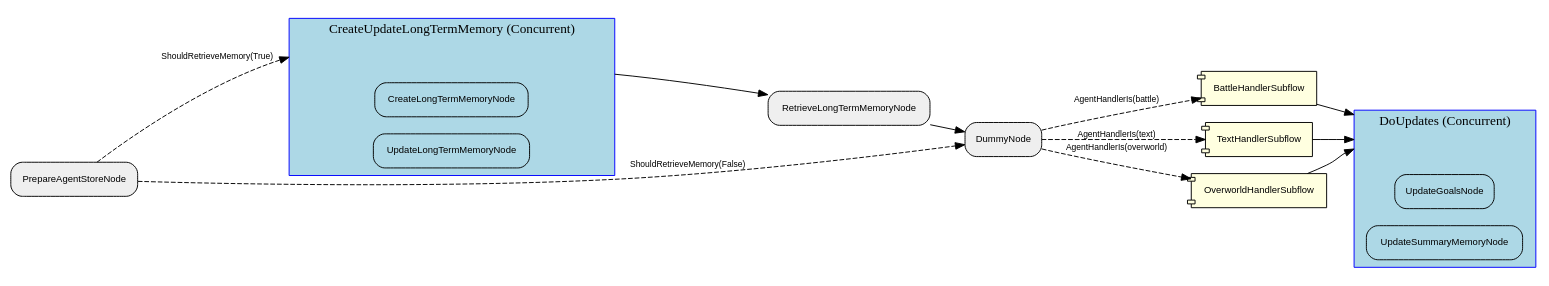
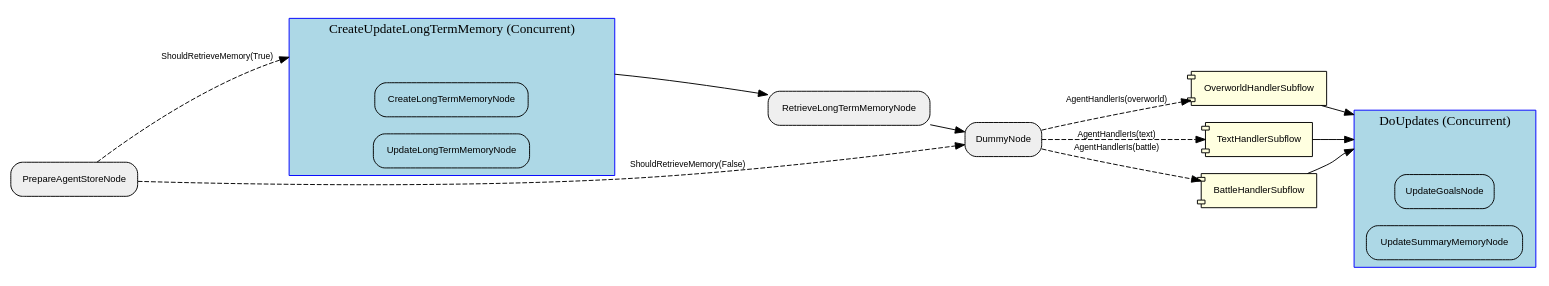
Before and after one commit to clambro/ai-plays-pokemon: the diagram in visualization/agent_graph/Graph.dot, drawn with Graphviz. The commit also changed 47 other files, not shown here.

```diff
--- a/visualization/agent_graph/Graph.dot
+++ b/visualization/agent_graph/Graph.dot
@@ -1,44 +1,44 @@
 digraph "G" {
   rankdir=LR;
   compound=true;
   node [shape=box, style="rounded,filled", fillcolor="#EFEFEF", fontname="Helvetica", fontsize=10];
   edge [fontname="Helvetica", fontsize=9];
-  subgraph "cluster_1XstHVdUO9Z0VeEolFwc2" {
+  subgraph "cluster_JGq9sCPgxi1tHCfcz06JY" {
     label="DoUpdates (Concurrent)";
     style="filled"; fillcolor="lightblue"; color="blue";
     node [fillcolor="lightblue", style="filled,rounded"];
-    "1XstHVdUO9Z0VeEolFwc2__entry" [label="", shape=point, width=0.01, style=invis];
-    "1XstHVdUO9Z0VeEolFwc2__exit"  [label="", shape=point, width=0.01, style=invis];
-    X06oYKx1sQJd1b00PXtzh [label="UpdateGoalsNode"];
-    ekrx8zmjMhGfEJwLFrxTa [label="UpdateSummaryMemoryNode"];
+    "JGq9sCPgxi1tHCfcz06JY__entry" [label="", shape=point, width=0.01, style=invis];
+    "JGq9sCPgxi1tHCfcz06JY__exit"  [label="", shape=point, width=0.01, style=invis];
+    "2o1RvuAEXn2FleXSXplq2" [label="UpdateGoalsNode"];
+    NWH3OOylPbWylCmGtejfR [label="UpdateSummaryMemoryNode"];
   }
-  subgraph "cluster_0Ihy6KkLY05xOJNAPJGdP" {
+  subgraph "cluster_xABv6cNYaWi9MfQIBCD30" {
     label="CreateUpdateLongTermMemory (Concurrent)";
     style="filled"; fillcolor="lightblue"; color="blue";
     node [fillcolor="lightblue", style="filled,rounded"];
-    "0Ihy6KkLY05xOJNAPJGdP__entry" [label="", shape=point, width=0.01, style=invis];
-    "0Ihy6KkLY05xOJNAPJGdP__exit"  [label="", shape=point, width=0.01, style=invis];
-    la56P3KDq8T8nWJE01mBK [label="CreateLongTermMemoryNode"];
-    "0cFOgTKE93EloAVyvgHpE" [label="UpdateLongTermMemoryNode"];
+    "xABv6cNYaWi9MfQIBCD30__entry" [label="", shape=point, width=0.01, style=invis];
+    "xABv6cNYaWi9MfQIBCD30__exit"  [label="", shape=point, width=0.01, style=invis];
+    BsjMNR5IkjlHKLPOftcOI [label="CreateLongTermMemoryNode"];
+    L7EPXsMKKDWFwXnYLIaRp [label="UpdateLongTermMemoryNode"];
   }
-  eQnKhsyGUSlB4zqJcIvKM [label="DummyNode"];
-  ekrx8zmjMhGfEJwLFrxTa [label="UpdateSummaryMemoryNode"];
-  la56P3KDq8T8nWJE01mBK [label="CreateLongTermMemoryNode"];
-  "6SefxfRRuhdSvgmkq9leZ" [label="BattleHandlerSubflow", shape=component, style="filled,rounded", fillcolor="lightyellow"];
-  "7EcA77LFSMhYz3s1SLvCW" [label="RetrieveLongTermMemoryNode"];
-  "0cFOgTKE93EloAVyvgHpE" [label="UpdateLongTermMemoryNode"];
-  J2EDXATIL7oUsUnx0DQJI [label="PrepareAgentStoreNode"];
-  OapdZq7B69Wz7WVm2Sgjl [label="TextHandlerSubflow", shape=component, style="filled,rounded", fillcolor="lightyellow"];
-  X06oYKx1sQJd1b00PXtzh [label="UpdateGoalsNode"];
-  kUabYn5S41R72DYKAv8Lz [label="OverworldHandlerSubflow", shape=component, style="filled,rounded", fillcolor="lightyellow"];
-  J2EDXATIL7oUsUnx0DQJI -> "0Ihy6KkLY05xOJNAPJGdP__entry" [lhead="cluster_0Ihy6KkLY05xOJNAPJGdP", style="dashed", label="ShouldRetrieveMemory(True)"];
-  "0Ihy6KkLY05xOJNAPJGdP__exit" -> "7EcA77LFSMhYz3s1SLvCW" [ltail="cluster_0Ihy6KkLY05xOJNAPJGdP", style="solid"];
-  J2EDXATIL7oUsUnx0DQJI -> eQnKhsyGUSlB4zqJcIvKM [style="dashed", label="ShouldRetrieveMemory(False)"];
-  "7EcA77LFSMhYz3s1SLvCW" -> eQnKhsyGUSlB4zqJcIvKM [style="solid"];
-  eQnKhsyGUSlB4zqJcIvKM -> kUabYn5S41R72DYKAv8Lz [style="dashed", label="AgentHandlerIs(overworld)"];
-  eQnKhsyGUSlB4zqJcIvKM -> "6SefxfRRuhdSvgmkq9leZ" [style="dashed", label="AgentHandlerIs(battle)"];
-  eQnKhsyGUSlB4zqJcIvKM -> OapdZq7B69Wz7WVm2Sgjl [style="dashed", label="AgentHandlerIs(text)"];
-  OapdZq7B69Wz7WVm2Sgjl -> "1XstHVdUO9Z0VeEolFwc2__entry" [lhead="cluster_1XstHVdUO9Z0VeEolFwc2", style="solid"];
-  "6SefxfRRuhdSvgmkq9leZ" -> "1XstHVdUO9Z0VeEolFwc2__entry" [lhead="cluster_1XstHVdUO9Z0VeEolFwc2", style="solid"];
-  kUabYn5S41R72DYKAv8Lz -> "1XstHVdUO9Z0VeEolFwc2__entry" [lhead="cluster_1XstHVdUO9Z0VeEolFwc2", style="solid"];
+  p2BunglakzT3PH7r0vT4v [label="OverworldHandlerSubflow", shape=component, style="filled,rounded", fillcolor="lightyellow"];
+  BsjMNR5IkjlHKLPOftcOI [label="CreateLongTermMemoryNode"];
+  S2X9mxsO1OiXV97kM9rck [label="PrepareAgentStoreNode"];
+  NWH3OOylPbWylCmGtejfR [label="UpdateSummaryMemoryNode"];
+  kjUtf0mXp58joh3djEdgk [label="DummyNode"];
+  L7EPXsMKKDWFwXnYLIaRp [label="UpdateLongTermMemoryNode"];
+  VhkKloVvrB7suKe0JM2gk [label="RetrieveLongTermMemoryNode"];
+  "0vqHqJJrPTGPMk0PhDn3t" [label="TextHandlerSubflow", shape=component, style="filled,rounded", fillcolor="lightyellow"];
+  "2o1RvuAEXn2FleXSXplq2" [label="UpdateGoalsNode"];
+  KHuGZxU6hgQoJXTMV5ZJq [label="BattleHandlerSubflow", shape=component, style="filled,rounded", fillcolor="lightyellow"];
+  S2X9mxsO1OiXV97kM9rck -> xABv6cNYaWi9MfQIBCD30__entry [lhead="cluster_xABv6cNYaWi9MfQIBCD30", style="dashed", label="ShouldRetrieveMemory(True)"];
+  xABv6cNYaWi9MfQIBCD30__exit -> VhkKloVvrB7suKe0JM2gk [ltail="cluster_xABv6cNYaWi9MfQIBCD30", style="solid"];
+  S2X9mxsO1OiXV97kM9rck -> kjUtf0mXp58joh3djEdgk [style="dashed", label="ShouldRetrieveMemory(False)"];
+  VhkKloVvrB7suKe0JM2gk -> kjUtf0mXp58joh3djEdgk [style="solid"];
+  kjUtf0mXp58joh3djEdgk -> p2BunglakzT3PH7r0vT4v [style="dashed", label="AgentHandlerIs(overworld)"];
+  kjUtf0mXp58joh3djEdgk -> KHuGZxU6hgQoJXTMV5ZJq [style="dashed", label="AgentHandlerIs(battle)"];
+  kjUtf0mXp58joh3djEdgk -> "0vqHqJJrPTGPMk0PhDn3t" [style="dashed", label="AgentHandlerIs(text)"];
+  "0vqHqJJrPTGPMk0PhDn3t" -> JGq9sCPgxi1tHCfcz06JY__entry [lhead="cluster_JGq9sCPgxi1tHCfcz06JY", style="solid"];
+  KHuGZxU6hgQoJXTMV5ZJq -> JGq9sCPgxi1tHCfcz06JY__entry [lhead="cluster_JGq9sCPgxi1tHCfcz06JY", style="solid"];
+  p2BunglakzT3PH7r0vT4v -> JGq9sCPgxi1tHCfcz06JY__entry [lhead="cluster_JGq9sCPgxi1tHCfcz06JY", style="solid"];
 }
```
